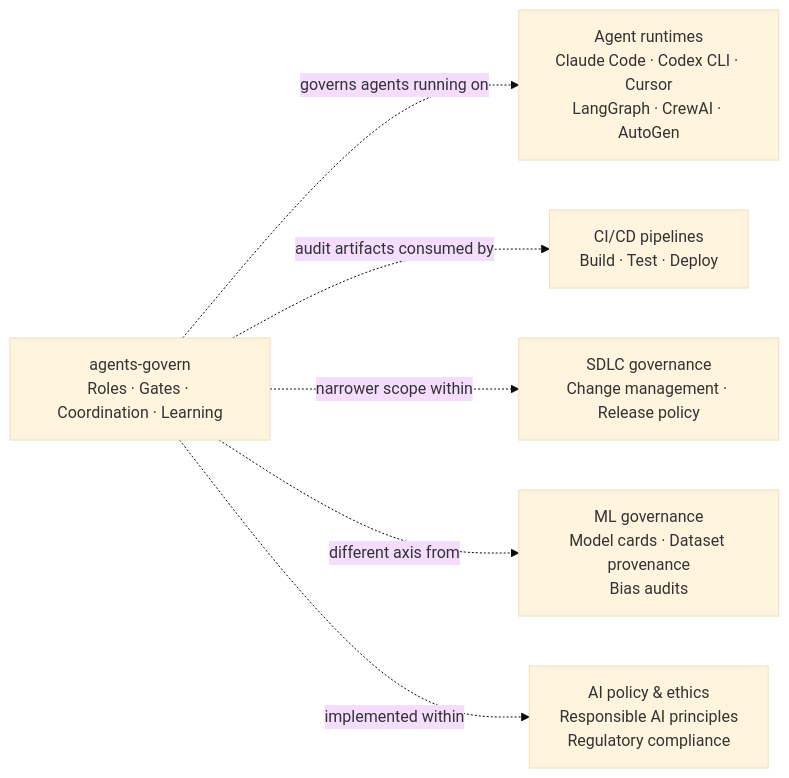
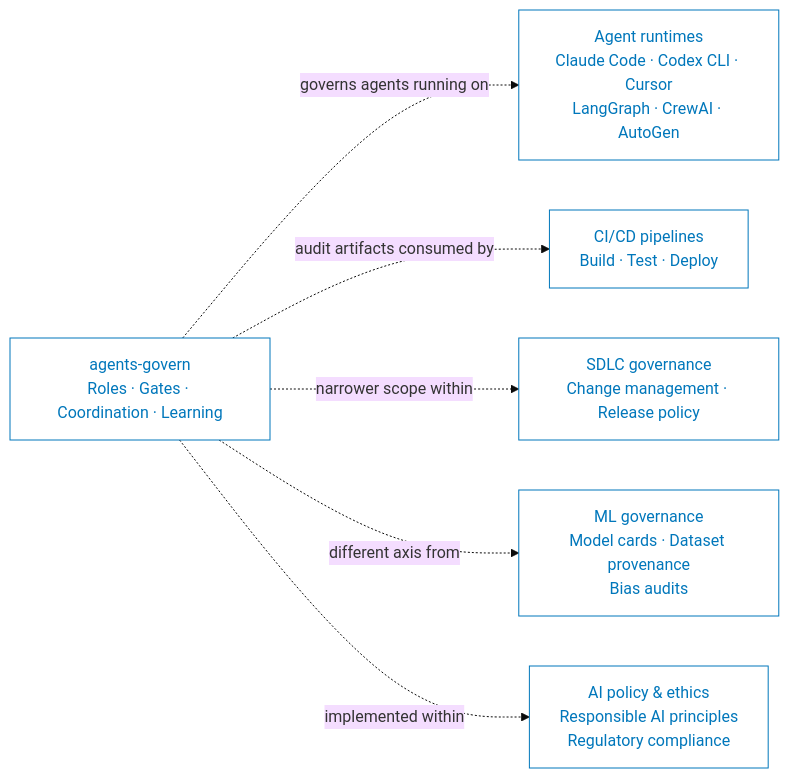
Before and after one commit to janipaijanen/agf-mirror: the second of 2 diagrams in agf/docs/site/docs/concepts/position.md, drawn with Mermaid (base theme). The commit also changed other lines of this file and 3 other files, not shown here.

Commit message:
feat: apply semantic responsibility palette to Class 4 Mermaid diagrams

````diff
--- a/agf/docs/site/docs/concepts/position.md
+++ b/agf/docs/site/docs/concepts/position.md
@@ -113,10 +127,14 @@
 ```mermaid
 flowchart LR
+    classDef sharedConcept fill:#ffffff,stroke:#0077BB,color:#0077BB
+
     AGF["agents-govern\nRoles · Gates · Coordination · Learning"]
 
     AGF -."governs agents running on".-> ORC["Agent runtimes\nClaude Code · Codex CLI · Cursor\nLangGraph · CrewAI · AutoGen"]
     AGF -."audit artifacts consumed by".-> CI["CI/CD pipelines\nBuild · Test · Deploy"]
     AGF -."narrower scope within".-> SDLC["SDLC governance\nChange management · Release policy"]
     AGF -."different axis from".-> ML["ML governance\nModel cards · Dataset provenance\nBias audits"]
     AGF -."implemented within".-> AIP["AI policy & ethics\nResponsible AI principles\nRegulatory compliance"]
+
+    class AGF,ORC,CI,SDLC,ML,AIP sharedConcept
 ```
````
